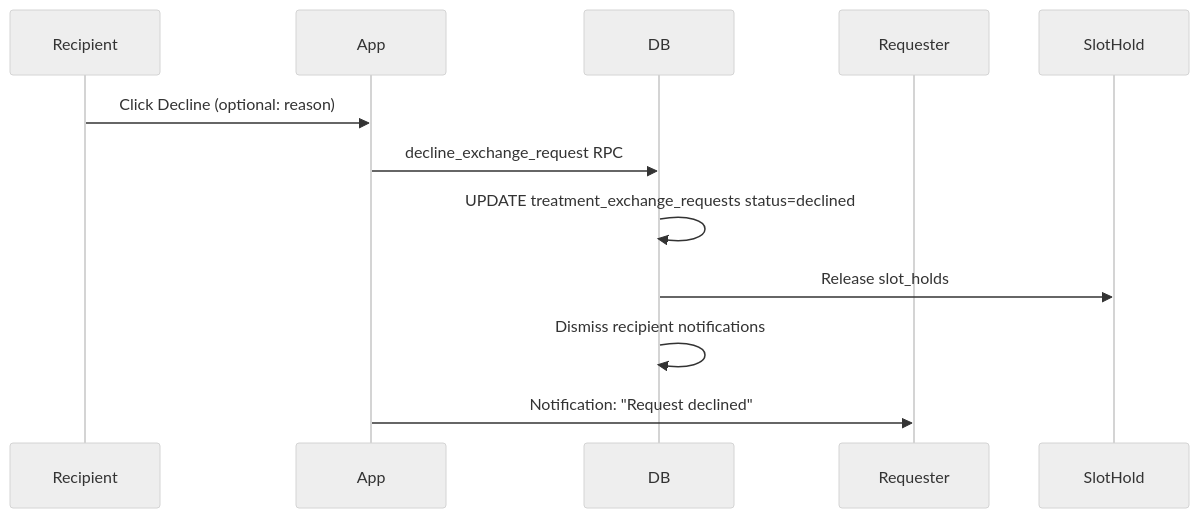
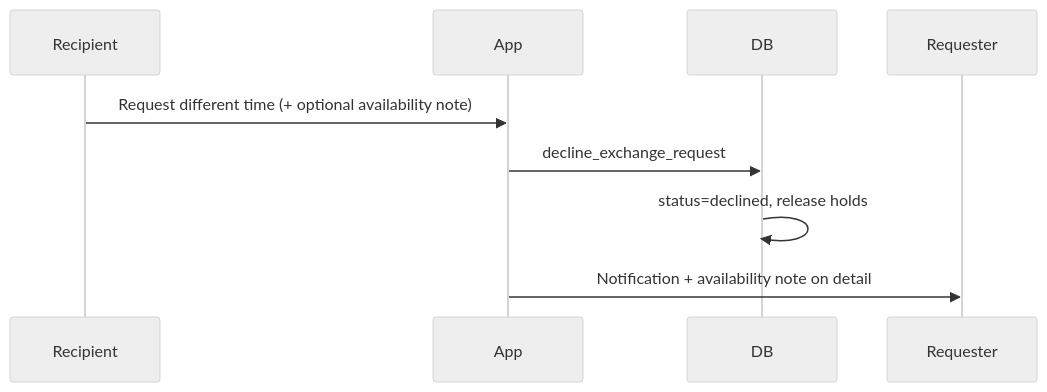
One commit to theramate1-bit/peer-care-connect-platform changed the sixth of 7 diagrams in docs/features/how-treatment-exchange-works.md. Above: the diagram before and after it, drawn with Mermaid (neutral theme). The commit also changed other lines of this file and 20 other files, not shown here.

First line of the commit message:
Align mobile treatment exchange with two-leg prod flow and screen-readiness docs.

````diff
--- a/docs/features/how-treatment-exchange-works.md
+++ b/docs/features/how-treatment-exchange-works.md
@@ -85,15 +167,12 @@
 ```mermaid
 sequenceDiagram
-    participant Recipient
-    participant App
-    participant DB
-    participant Requester
-    participant SlotHold
+  participant Recipient
+  participant App
+  participant DB
+  participant Requester
 
-    Recipient->>App: Click Decline (optional: reason)
-    App->>DB: decline_exchange_request RPC
-    DB->>DB: UPDATE treatment_exchange_requests status=declined
-    DB->>SlotHold: Release slot_holds
-    DB->>DB: Dismiss recipient notifications
-    App->>Requester: Notification: "Request declined"
+  Recipient->>App: Request different time (+ optional availability note)
+  App->>DB: decline_exchange_request
+  DB->>DB: status=declined, release holds
+  App->>Requester: Notification + availability note on detail
 ```
````
